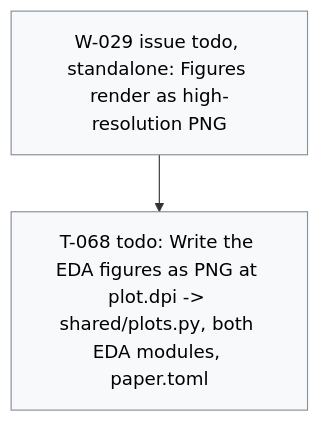
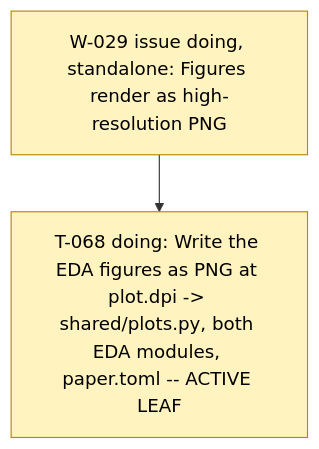
The diagram in .board/BOARD.md (dpopchev/surrogate-models), drawn with Mermaid before and after one commit. The commit also changed other lines of this file and 9 other files, not shown here.

First line of the commit message:
feat: write the EDA figures as PNG at plot.dpi (600)

````diff
--- a/.board/BOARD.md
+++ b/.board/BOARD.md
@@ -191,11 +191,11 @@
 ```mermaid
 flowchart TD
-  W029["W-029 issue todo, standalone: Figures render as high-resolution PNG"]
-  W029 --> T068["T-068 todo: Write the EDA figures as PNG at plot.dpi -> shared/plots.py, both EDA modules, paper.toml"]
+  W029["W-029 issue doing, standalone: Figures render as high-resolution PNG"]
+  W029 --> T068["T-068 doing: Write the EDA figures as PNG at plot.dpi -> shared/plots.py, both EDA modules, paper.toml -- ACTIVE LEAF"]
   classDef doing fill:#fff3bf,stroke:#b58900,color:#000;
   classDef blocked fill:#ffe3e3,stroke:#c92a2a,color:#000;
   classDef done fill:#e6ffed,stroke:#2b8a3e,color:#000;
   classDef todo fill:#f8f9fa,stroke:#868e96,color:#000;
   classDef pruned fill:#f1f3f5,stroke:#adb5bd,color:#000;
-  class W029,T068 todo
+  class W029,T068 doing
 ```
````
